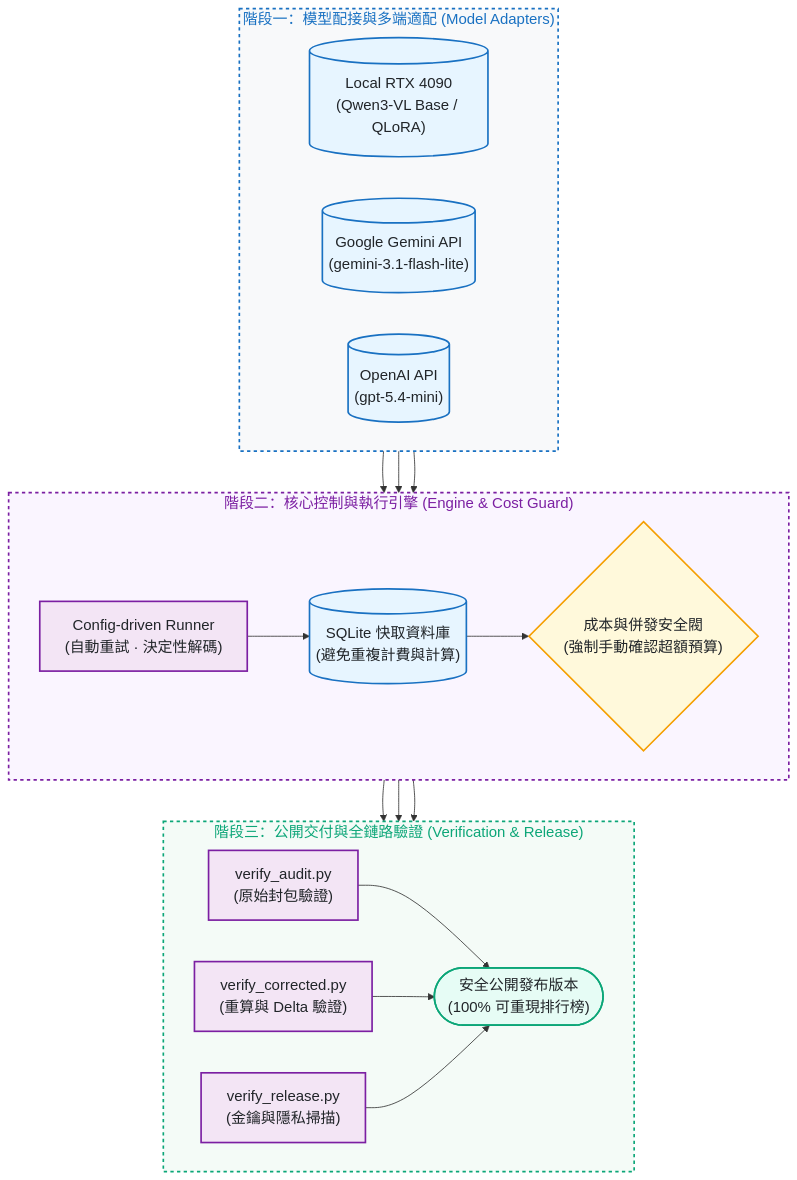
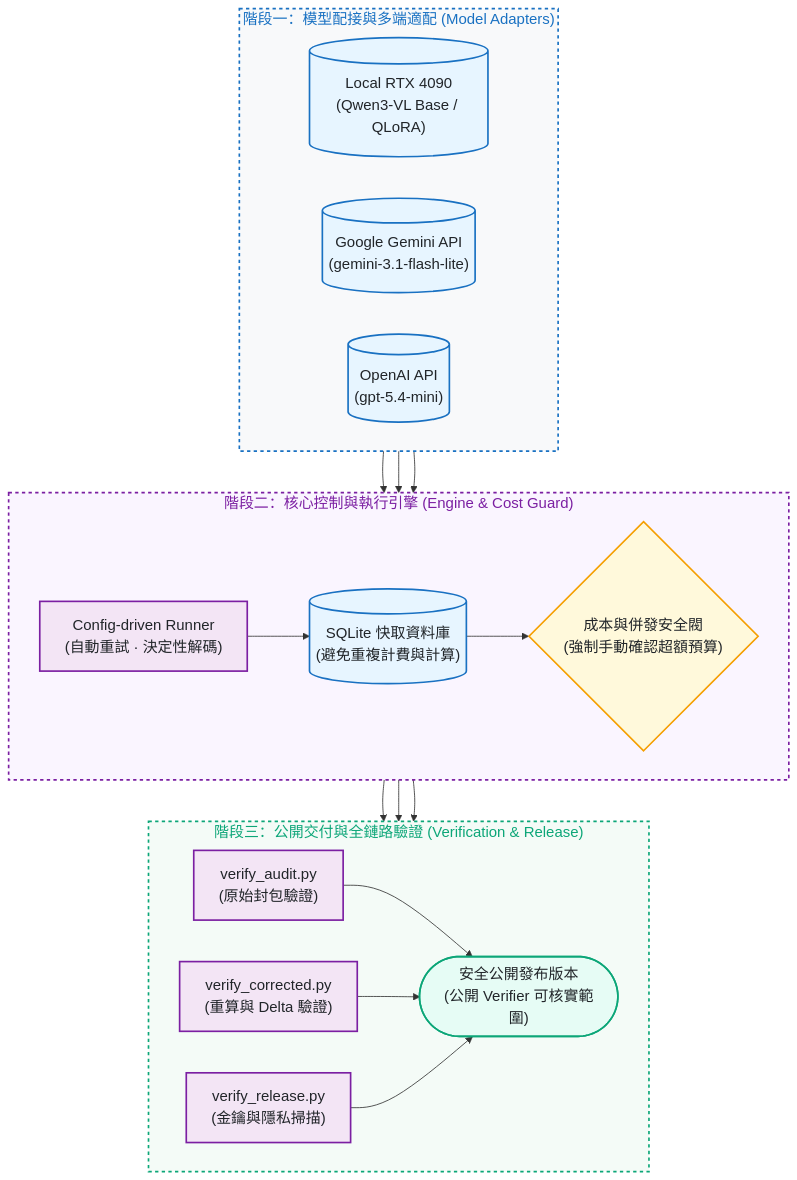
The second of 2 diagrams in README.md (kuotunyu/vlm-eval-bench), drawn with Mermaid before and after one commit. The commit also changed other lines of this file and 1 other file, not shown here.

````diff
--- a/README.md
+++ b/README.md
@@ -55,37 +55,37 @@
 ```mermaid
 %%{init: {'themeVariables': {'fontSize': '18px'}}}%%
 flowchart TD
     subgraph AdapterStage ["階段一：模型配接與多端適配 (Model Adapters)"]
         direction LR
         M1[("Local RTX 4090<br/>(Qwen3-VL Base / QLoRA)")]
         M2[("Google Gemini API<br/>(gemini-3.1-flash-lite)")]
         M3[("OpenAI API<br/>(gpt-5.4-mini)")]
     end
 
     subgraph CoreStage ["階段二：核心控制與執行引擎 (Engine & Cost Guard)"]
         direction LR
         Runner["Config-driven Runner<br/>(自動重試 · 決定性解碼)"] --> CacheDB[("SQLite 快取資料庫<br/>(避免重複計費與計算)")] --> CostGuard{"成本與併發安全閥<br/>(強制手動確認超額預算)"}
     end
 
     subgraph PublicStage ["階段三：公開交付與全鏈路驗證 (Verification & Release)"]
         direction LR
-        V1["verify_audit.py<br/>(原始封包驗證)"] & V2["verify_corrected.py<br/>(重算與 Delta 驗證)"] & V3["verify_release.py<br/>(金鑰與隱私掃描)"] --> Release(["安全公開發布版本<br/>(100% 可重現排行榜)"])
+        V1["verify_audit.py<br/>(原始封包驗證)"] & V2["verify_corrected.py<br/>(重算與 Delta 驗證)"] & V3["verify_release.py<br/>(金鑰與隱私掃描)"] --> Release(["安全公開發布版本<br/>(公開 Verifier 可核實範圍)"])
     end
 
     M1 & M2 & M3 --> Runner
     CostGuard --> V1 & V2 & V3
 
     classDef srcStyle fill:#e7f5ff,stroke:#1971c2,stroke-width:2px,color:#212529
     classDef procStyle fill:#f3e5f5,stroke:#7b1fa2,stroke-width:2px,color:#212529
     classDef condStyle fill:#fff9db,stroke:#f59f00,stroke-width:2px,color:#212529
     classDef safeStyle fill:#e6fcf5,stroke:#0ca678,stroke-width:2px,color:#212529
 
     class M1,M2,M3,CacheDB srcStyle
     class Runner,V1,V2,V3 procStyle
     class CostGuard condStyle
     class Release safeStyle
 
     style AdapterStage fill:#f8f9fa,stroke:#1971c2,stroke-width:2px,color:#1971c2,stroke-dasharray: 4 4
     style CoreStage fill:#faf5ff,stroke:#7b1fa2,stroke-width:2px,color:#7b1fa2,stroke-dasharray: 4 4
     style PublicStage fill:#f4fbf7,stroke:#0ca678,stroke-width:2px,color:#0ca678,stroke-dasharray: 4 4
 ```
````
